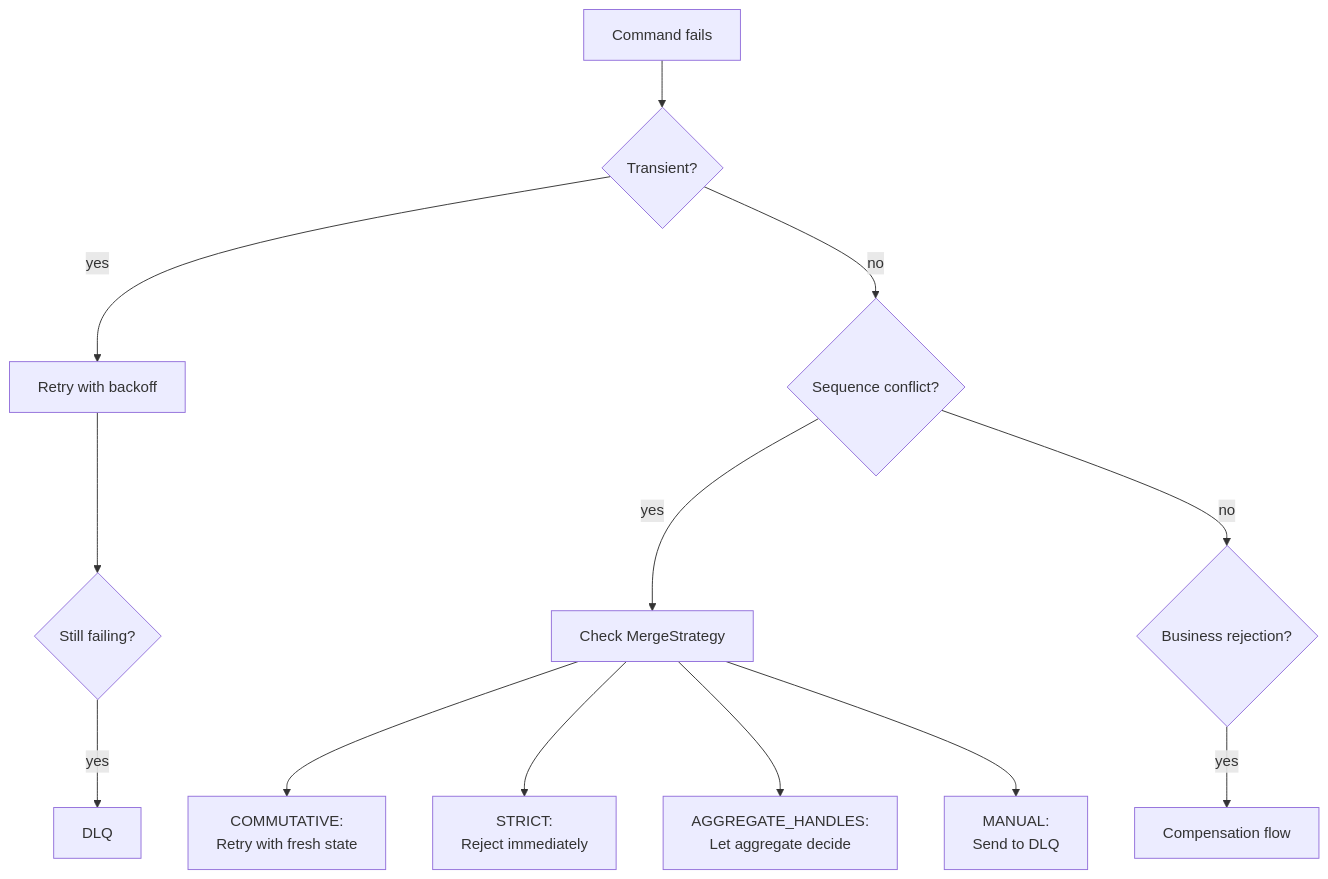
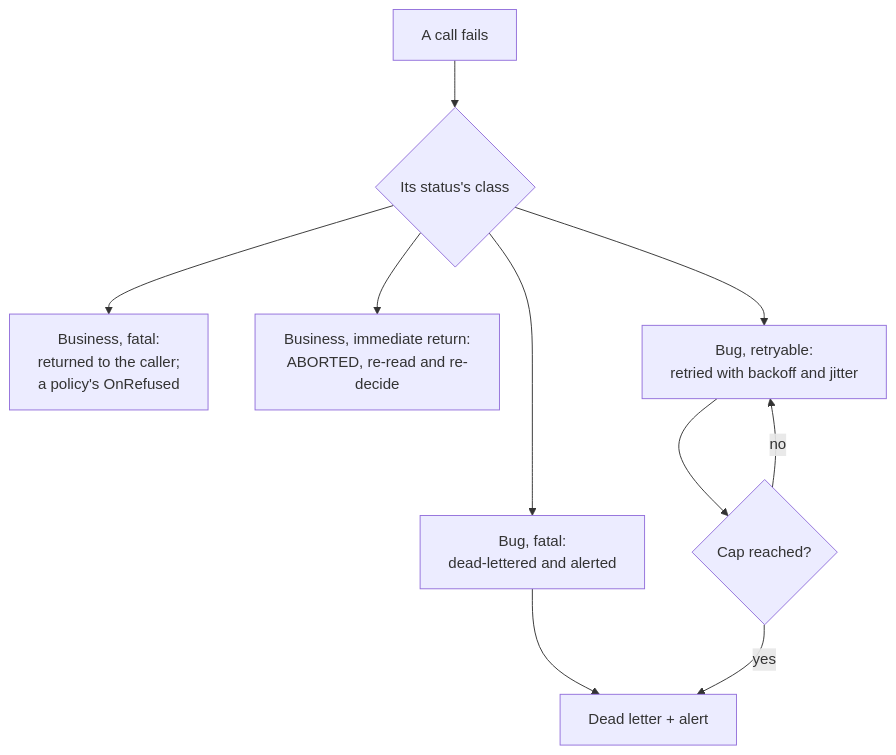
One commit to angzarr-io/angzarr-project changed the diagram in site/src/content/docs/operations/error-recovery.mdx. Above: the diagram before and after it, drawn with Mermaid. The commit also changed other lines of this file, not shown here.

````diff
--- a/site/src/content/docs/operations/error-recovery.mdx
+++ b/site/src/content/docs/operations/error-recovery.mdx
@@ -13,28 +13,19 @@
 ```mermaid
 flowchart TB
-    Fail[Command fails]
-    Trans{Transient?}
-    Retry[Retry with backoff]
-    Still{Still failing?}
-    DLQ1[DLQ]
-    Seq{Sequence conflict?}
-    MS[Check MergeStrategy]
-    Comm[COMMUTATIVE:<br/>Retry with fresh state]
-    Strict[STRICT:<br/>Reject immediately]
-    AggH[AGGREGATE_HANDLES:<br/>Let aggregate decide]
-    Manual[MANUAL:<br/>Send to DLQ]
-    Biz{Business rejection?}
-    Comp[Compensation flow]
+    Fail[A call fails]
+    Class{Its status's class}
+    BizF[Business, fatal:<br/>returned to the caller;<br/>a policy's OnRefused]
+    BizA[Business, immediate return:<br/>ABORTED, re-read and re-decide]
+    BugF[Bug, fatal:<br/>dead-lettered and alerted]
+    BugR[Bug, retryable:<br/>retried with backoff and jitter]
+    Cap{Cap reached?}
+    DLQ[Dead letter + alert]
 
-    Fail --> Trans
-    Trans -->|yes| Retry --> Still
-    Still -->|yes| DLQ1
-    Trans -->|no| Seq
-    Seq -->|yes| MS
-    MS --> Comm
-    MS --> Strict
-    MS --> AggH
-    MS --> Manual
-    Seq -->|no| Biz
-    Biz -->|yes| Comp
+    Fail --> Class
+    Class --> BizF
+    Class --> BizA
+    Class --> BugF --> DLQ
+    Class --> BugR --> Cap
+    Cap -->|no| BugR
+    Cap -->|yes| DLQ
 ```
````
